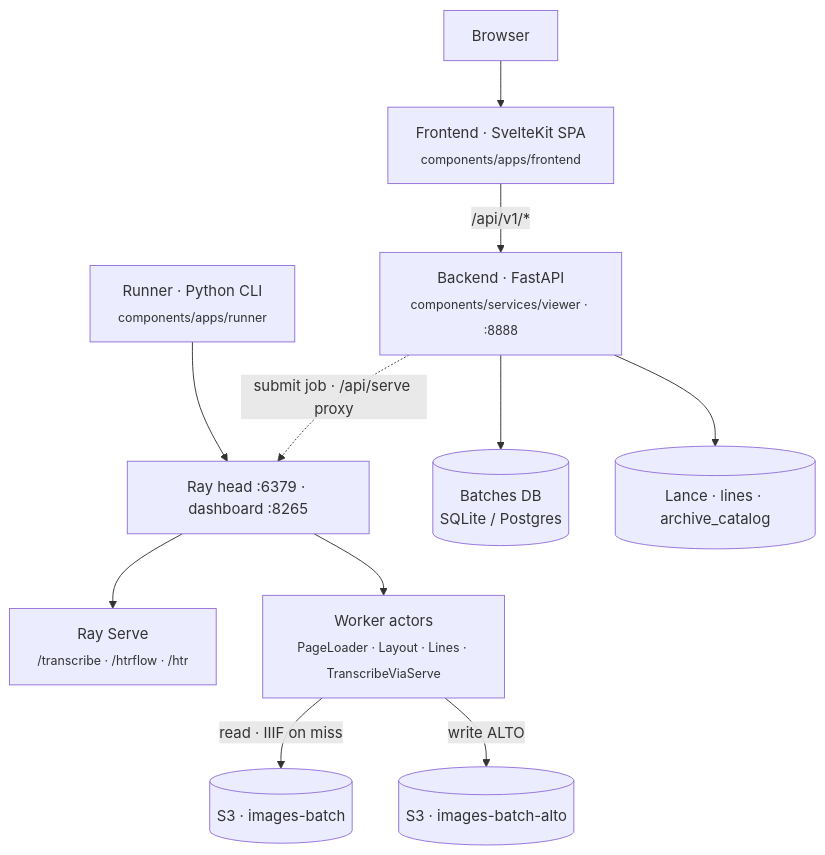
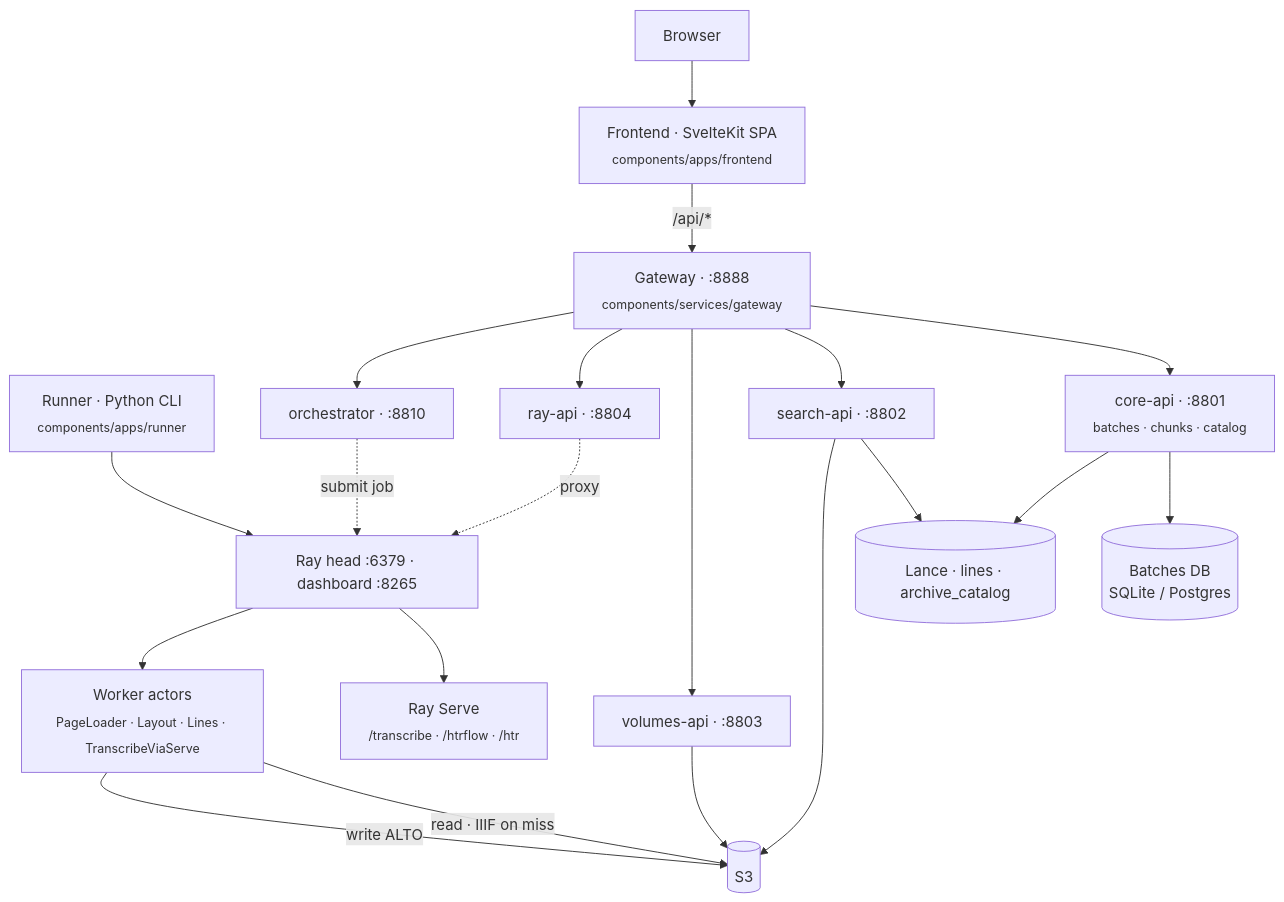
Before and after one commit to AI-Riksarkivet/rask: the diagram in docs/architecture/index.md, drawn with Mermaid. The commit also changed other lines of this file and 18 other files, not shown here.

Commit message:
docs: refresh living docs for the post-strangler architecture (gateway + per-domain services + core brick)

````diff
--- a/docs/architecture/index.md
+++ b/docs/architecture/index.md
@@ -21,13 +24,22 @@
 ```mermaid
 flowchart TB
     browser["Browser"] --> spa["Frontend · SvelteKit SPA<br/><sub>components/apps/frontend</sub>"]
-    spa -->|"/api/v1/*"| viewer["Backend · FastAPI<br/><sub>components/services/viewer · :8888</sub>"]
+    spa -->|"/api/*"| gw["Gateway · :8888<br/><sub>components/services/gateway</sub>"]
     cli["Runner · Python CLI<br/><sub>components/apps/runner</sub>"] --> head
-    viewer -.->|submit job · /api/serve proxy| head["Ray head :6379 · dashboard :8265"]
+    gw --> core["core-api · :8801<br/><sub>batches · chunks · catalog</sub>"]
+    gw --> search["search-api · :8802"]
+    gw --> volumes["volumes-api · :8803"]
+    gw --> rayapi["ray-api · :8804"]
+    gw --> orch["orchestrator · :8810"]
+    core --> db[("Batches DB<br/>SQLite / Postgres")]
+    core --> lance[("Lance · lines · archive_catalog")]
+    search --> lance
+    search --> s3[("S3")]
+    volumes --> s3
+    rayapi -.->|proxy| head["Ray head :6379 · dashboard :8265"]
+    orch -.->|submit job| head
     head --> serve["Ray Serve<br/><sub>/transcribe · /htrflow · /htr</sub>"]
     head --> workers["Worker actors<br/><sub>PageLoader · Layout · Lines · TranscribeViaServe</sub>"]
-    workers -->|read · IIIF on miss| s3in[("S3 · images-batch")]
-    workers -->|write ALTO| s3out[("S3 · images-batch-alto")]
-    viewer --> db[(" Batches DB<br/>SQLite / Postgres ")]
-    viewer --> lance[("Lance · lines · archive_catalog")]
+    workers -->|read · IIIF on miss| s3
+    workers -->|write ALTO| s3
 ```
````
